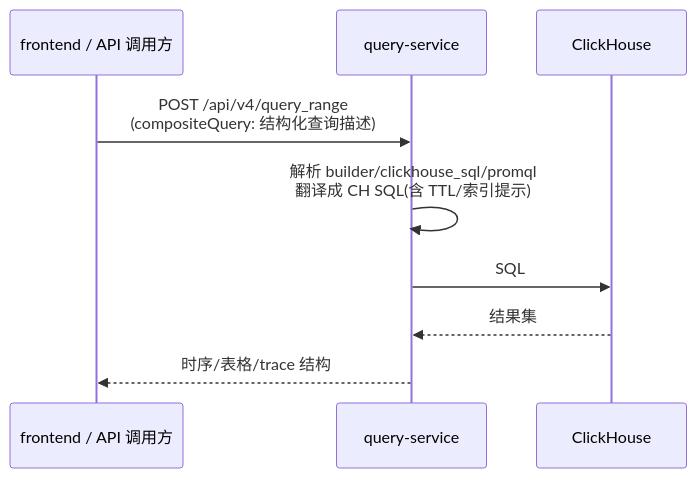
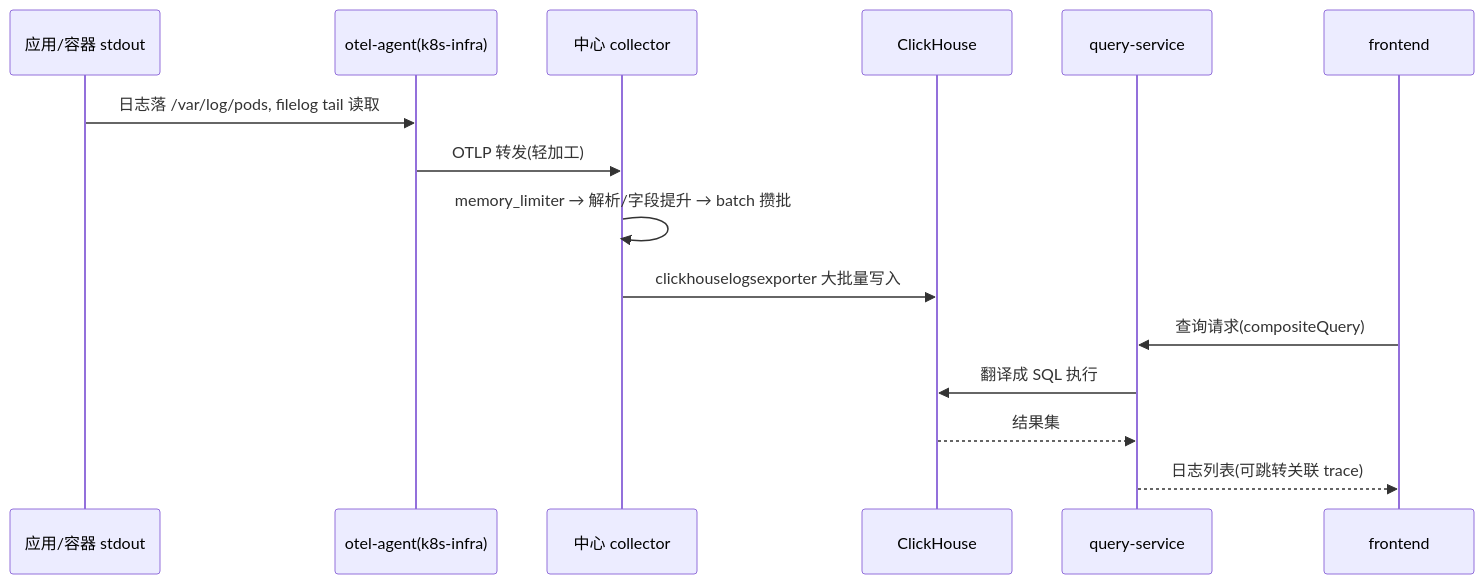
Before and after one commit to songli0103/notes: the third of 4 diagrams in 10-云原生/02-平台组件/04-SigNoz/SigNoz.md, drawn with Mermaid. The commit also changed other lines of this file and 6 other files, not shown here.

````diff
--- a/10-云原生/02-平台组件/04-SigNoz/SigNoz.md
+++ b/10-云原生/02-平台组件/04-SigNoz/SigNoz.md
@@ -131,12 +103,18 @@
 ```mermaid
 sequenceDiagram
-    participant UI as frontend / API 调用方
+    participant APP as 应用/容器 stdout
+    participant AG as otel-agent(k8s-infra)
+    participant COL as 中心 collector
+    participant CH as ClickHouse
     participant QS as query-service
-    participant CH as ClickHouse
+    participant UI as frontend
 
-    UI->>QS: POST /api/v4/query_range<br/>(compositeQuery: 结构化查询描述)
-    QS->>QS: 解析 builder/clickhouse_sql/promql<br/>翻译成 CH SQL(含 TTL/索引提示)
-    QS->>CH: SQL
+    APP->>AG: 日志落 /var/log/pods, filelog tail 读取
+    AG->>COL: OTLP 转发(轻加工)
+    COL->>COL: memory_limiter → 解析/字段提升 → batch 攒批
+    COL->>CH: clickhouselogsexporter 大批量写入
+    UI->>QS: 查询请求(compositeQuery)
+    QS->>CH: 翻译成 SQL 执行
     CH-->>QS: 结果集
-    QS-->>UI: 时序/表格/trace 结构
+    QS-->>UI: 日志列表(可跳转关联 trace)
 ```
````
